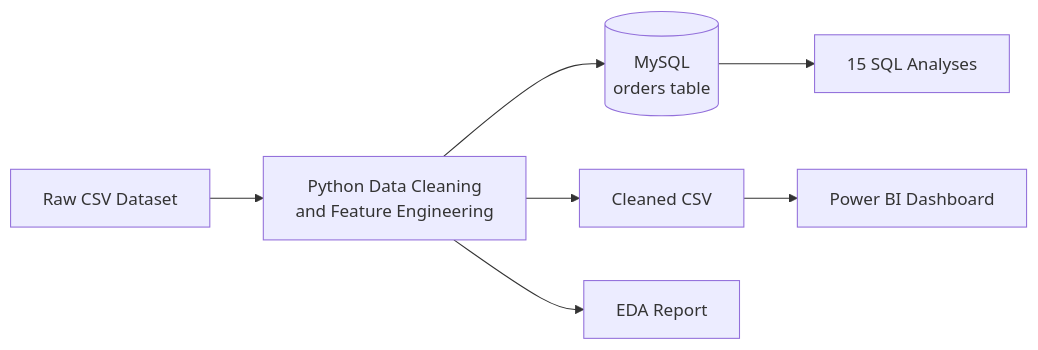
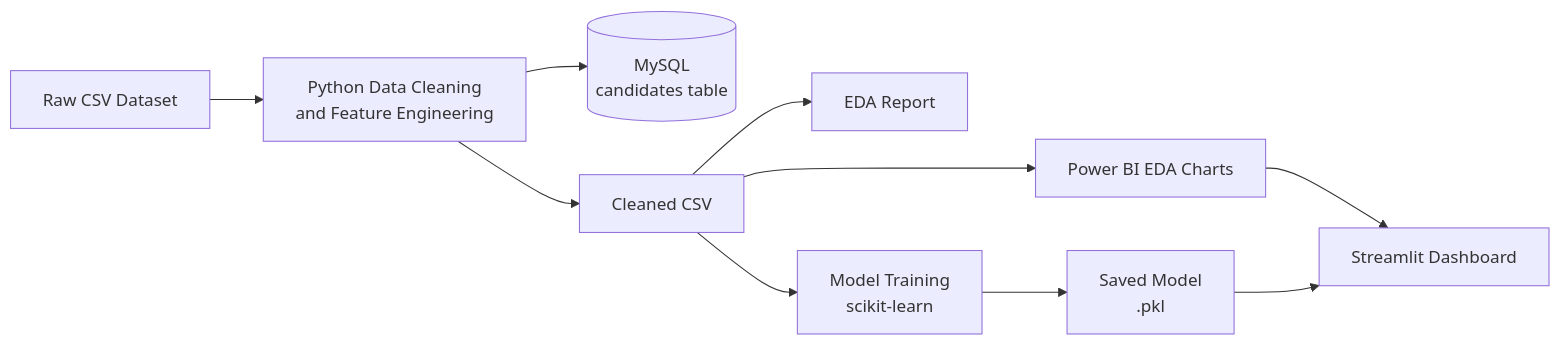
Before and after one commit to Makesh-P/Online-Food-Delivery-Analysis: the diagram in README.md, drawn with Mermaid. The commit also changed other lines of this file, not shown here.

````diff
--- a/README.md
+++ b/README.md
@@ -78,9 +90,12 @@
 ```mermaid
 flowchart LR
    A[Raw CSV Dataset] --> B[Python Data Cleaning<br/>and Feature Engineering]
-   B --> C[(MySQL<br/>orders table)]
+   B --> C[(MySQL<br/>candidates table)]
    B --> D[Cleaned CSV]
-   B --> E[EDA Report]
-   C --> F[15 SQL Analyses]
-   D --> G[Power BI Dashboard]
+   D --> E[Power BI EDA Charts]
+   D --> F[EDA Report]
+   D --> G[Model Training<br/>scikit-learn]
+   G --> H[Saved Model<br/>.pkl]
+   E --> I[Streamlit Dashboard]
+   H --> I
 ```
````
